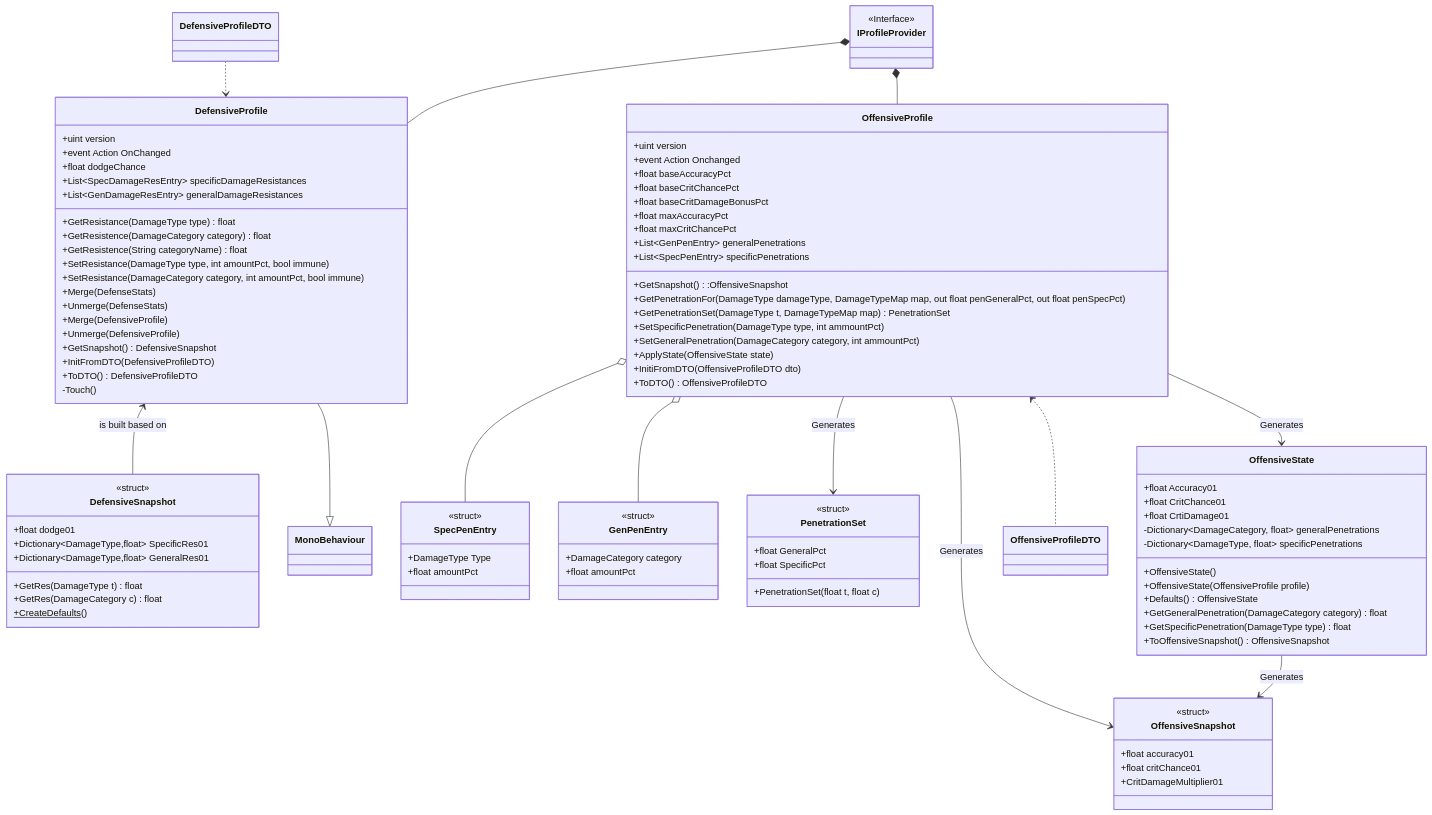
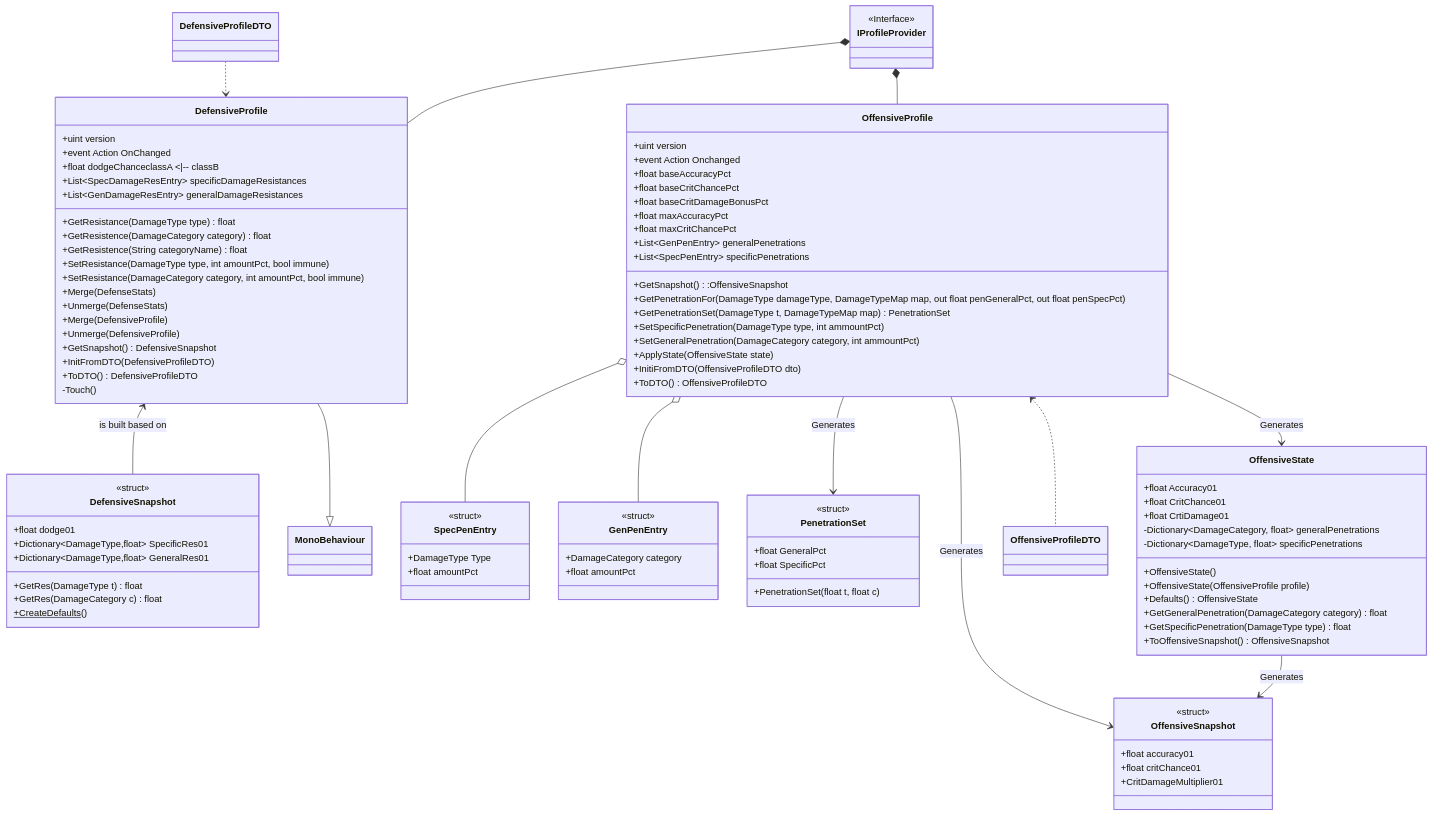
One commit to Joimar/Harvest_of_Shadows_Documentation changed the first of 3 diagrams in Diagrama de Classes/Characters.md. Above: the diagram before and after it, drawn with Mermaid. The commit also changed other lines of this file and 2 other files, not shown here.

```diff
--- a/Diagrama de Classes/Characters.md
+++ b/Diagrama de Classes/Characters.md
@@ -16,7 +17,8 @@
 class DefensiveProfile{
 +uint version
 +event Action OnChanged
-+float dodgeChance
++float dodgeChanceclassA <|-- classB
+
 +List~SpecDamageResEntry~ specificDamageResistances
 +List~GenDamageResEntry~ generalDamageResistances
 +GetResistance(DamageType type) float
```
